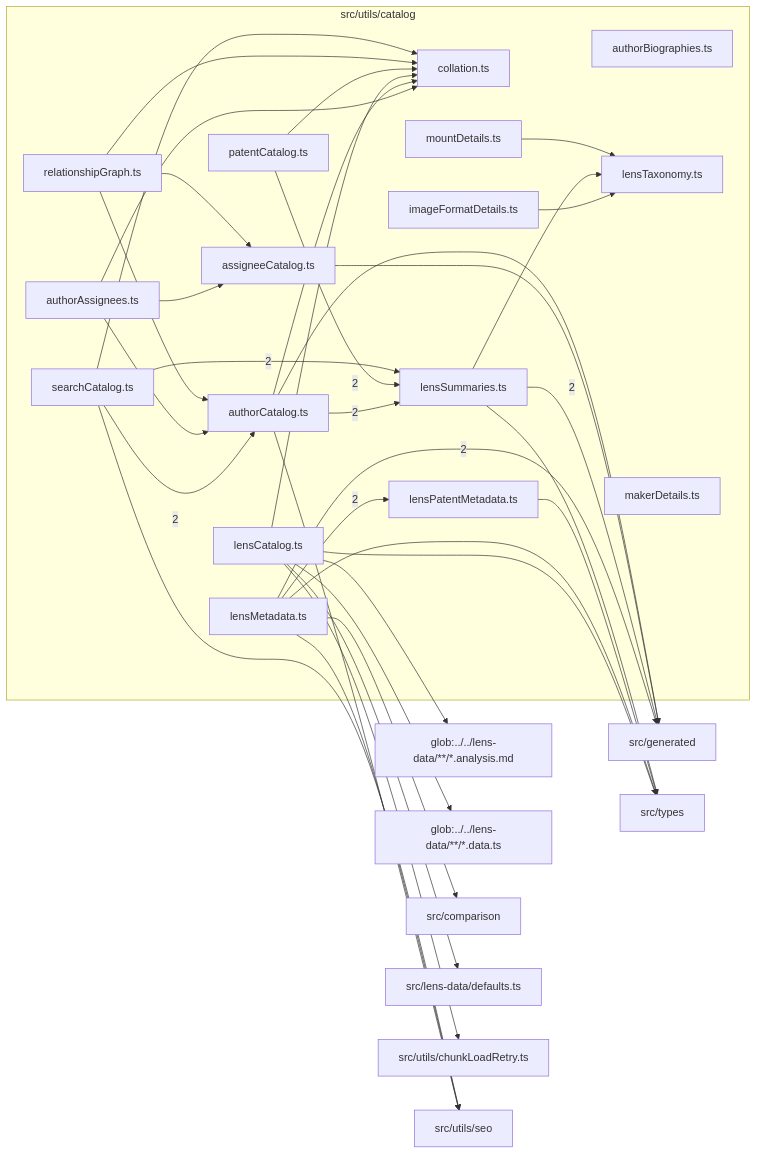
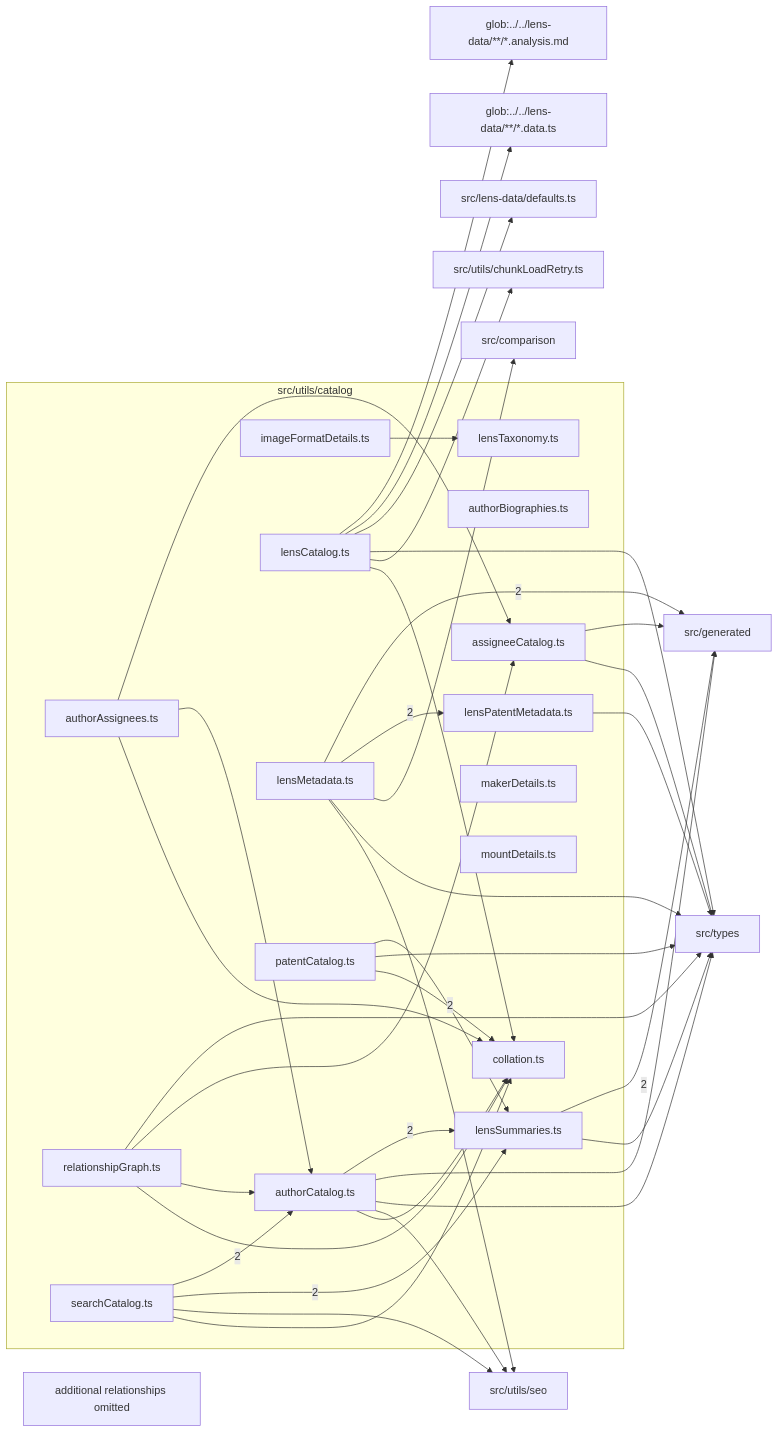
One commit to ronbuening/LensVisualizer changed the diagram in src/utils/catalog/readme.md. Above: the diagram before and after it, drawn with Mermaid. The commit also changed other lines of this file and 10 other files, not shown here.

Commit message:
Consolidate catalog metadata types

````diff
--- a/src/utils/catalog/readme.md
+++ b/src/utils/catalog/readme.md
@@ -9,63 +9,66 @@
 ```mermaid
 flowchart LR
   subgraph n_src_utils_catalog["src/utils/catalog"]
     n_src_utils_catalog_src_utils_catalog_assigneeCatalog_ts["assigneeCatalog.ts"]
     n_src_utils_catalog_src_utils_catalog_authorAssignees_ts["authorAssignees.ts"]
     n_src_utils_catalog_src_utils_catalog_authorBiographies_ts["authorBiographies.ts"]
     n_src_utils_catalog_src_utils_catalog_authorCatalog_ts["authorCatalog.ts"]
     n_src_utils_catalog_src_utils_catalog_collation_ts["collation.ts"]
     n_src_utils_catalog_src_utils_catalog_imageFormatDetails_ts["imageFormatDetails.ts"]
     n_src_utils_catalog_src_utils_catalog_lensCatalog_ts["lensCatalog.ts"]
     n_src_utils_catalog_src_utils_catalog_lensMetadata_ts["lensMetadata.ts"]
     n_src_utils_catalog_src_utils_catalog_lensPatentMetadata_ts["lensPatentMetadata.ts"]
     n_src_utils_catalog_src_utils_catalog_lensSummaries_ts["lensSummaries.ts"]
     n_src_utils_catalog_src_utils_catalog_lensTaxonomy_ts["lensTaxonomy.ts"]
     n_src_utils_catalog_src_utils_catalog_makerDetails_ts["makerDetails.ts"]
     n_src_utils_catalog_src_utils_catalog_mountDetails_ts["mountDetails.ts"]
     n_src_utils_catalog_src_utils_catalog_patentCatalog_ts["patentCatalog.ts"]
     n_src_utils_catalog_src_utils_catalog_relationshipGraph_ts["relationshipGraph.ts"]
     n_src_utils_catalog_src_utils_catalog_searchCatalog_ts["searchCatalog.ts"]
   end
   n_external_src_generated["src/generated"]
   n_external_glob_______lens_data______analysis_md["glob:../../lens-data/**/*.analysis.md"]
   n_external_glob_______lens_data______data_ts["glob:../../lens-data/**/*.data.ts"]
   n_external_src_comparison["src/comparison"]
   n_external_src_lens_data_defaults_ts["src/lens-data/defaults.ts"]
   n_external_src_types["src/types"]
   n_external_src_utils_chunkLoadRetry_ts["src/utils/chunkLoadRetry.ts"]
   n_external_src_utils_seo["src/utils/seo"]
   n_src_utils_catalog_src_utils_catalog_lensMetadata_ts --> |2| n_external_src_generated
   n_src_utils_catalog_src_utils_catalog_lensSummaries_ts --> |2| n_external_src_generated
   n_src_utils_catalog_src_utils_catalog_searchCatalog_ts --> |2| n_src_utils_catalog_src_utils_catalog_authorCatalog_ts
   n_src_utils_catalog_src_utils_catalog_lensMetadata_ts --> |2| n_src_utils_catalog_src_utils_catalog_lensPatentMetadata_ts
   n_src_utils_catalog_src_utils_catalog_authorCatalog_ts --> |2| n_src_utils_catalog_src_utils_catalog_lensSummaries_ts
   n_src_utils_catalog_src_utils_catalog_patentCatalog_ts --> |2| n_src_utils_catalog_src_utils_catalog_lensSummaries_ts
   n_src_utils_catalog_src_utils_catalog_searchCatalog_ts --> |2| n_src_utils_catalog_src_utils_catalog_lensSummaries_ts
   n_src_utils_catalog_src_utils_catalog_lensCatalog_ts --> n_external_glob_______lens_data______analysis_md
   n_src_utils_catalog_src_utils_catalog_lensCatalog_ts --> n_external_glob_______lens_data______data_ts
   n_src_utils_catalog_src_utils_catalog_lensMetadata_ts --> n_external_src_comparison
   n_src_utils_catalog_src_utils_catalog_assigneeCatalog_ts --> n_external_src_generated
   n_src_utils_catalog_src_utils_catalog_authorCatalog_ts --> n_external_src_generated
   n_src_utils_catalog_src_utils_catalog_lensCatalog_ts --> n_external_src_lens_data_defaults_ts
+  n_src_utils_catalog_src_utils_catalog_assigneeCatalog_ts --> n_external_src_types
+  n_src_utils_catalog_src_utils_catalog_authorCatalog_ts --> n_external_src_types
   n_src_utils_catalog_src_utils_catalog_lensCatalog_ts --> n_external_src_types
   n_src_utils_catalog_src_utils_catalog_lensMetadata_ts --> n_external_src_types
   n_src_utils_catalog_src_utils_catalog_lensPatentMetadata_ts --> n_external_src_types
   n_src_utils_catalog_src_utils_catalog_lensSummaries_ts --> n_external_src_types
+  n_src_utils_catalog_src_utils_catalog_patentCatalog_ts --> n_external_src_types
+  n_src_utils_catalog_src_utils_catalog_relationshipGraph_ts --> n_external_src_types
   n_src_utils_catalog_src_utils_catalog_lensCatalog_ts --> n_external_src_utils_chunkLoadRetry_ts
   n_src_utils_catalog_src_utils_catalog_authorCatalog_ts --> n_external_src_utils_seo
   n_src_utils_catalog_src_utils_catalog_lensMetadata_ts --> n_external_src_utils_seo
   n_src_utils_catalog_src_utils_catalog_searchCatalog_ts --> n_external_src_utils_seo
   n_src_utils_catalog_src_utils_catalog_authorAssignees_ts --> n_src_utils_catalog_src_utils_catalog_assigneeCatalog_ts
   n_src_utils_catalog_src_utils_catalog_relationshipGraph_ts --> n_src_utils_catalog_src_utils_catalog_assigneeCatalog_ts
   n_src_utils_catalog_src_utils_catalog_authorAssignees_ts --> n_src_utils_catalog_src_utils_catalog_authorCatalog_ts
   n_src_utils_catalog_src_utils_catalog_relationshipGraph_ts --> n_src_utils_catalog_src_utils_catalog_authorCatalog_ts
   n_src_utils_catalog_src_utils_catalog_authorAssignees_ts --> n_src_utils_catalog_src_utils_catalog_collation_ts
   n_src_utils_catalog_src_utils_catalog_authorCatalog_ts --> n_src_utils_catalog_src_utils_catalog_collation_ts
   n_src_utils_catalog_src_utils_catalog_lensCatalog_ts --> n_src_utils_catalog_src_utils_catalog_collation_ts
   n_src_utils_catalog_src_utils_catalog_patentCatalog_ts --> n_src_utils_catalog_src_utils_catalog_collation_ts
   n_src_utils_catalog_src_utils_catalog_relationshipGraph_ts --> n_src_utils_catalog_src_utils_catalog_collation_ts
   n_src_utils_catalog_src_utils_catalog_searchCatalog_ts --> n_src_utils_catalog_src_utils_catalog_collation_ts
   n_src_utils_catalog_src_utils_catalog_imageFormatDetails_ts --> n_src_utils_catalog_src_utils_catalog_lensTaxonomy_ts
-  n_src_utils_catalog_src_utils_catalog_lensSummaries_ts --> n_src_utils_catalog_src_utils_catalog_lensTaxonomy_ts
-  n_src_utils_catalog_src_utils_catalog_mountDetails_ts --> n_src_utils_catalog_src_utils_catalog_lensTaxonomy_ts
+  n_src_utils_catalog_truncated["additional relationships omitted"]
 ```
````
